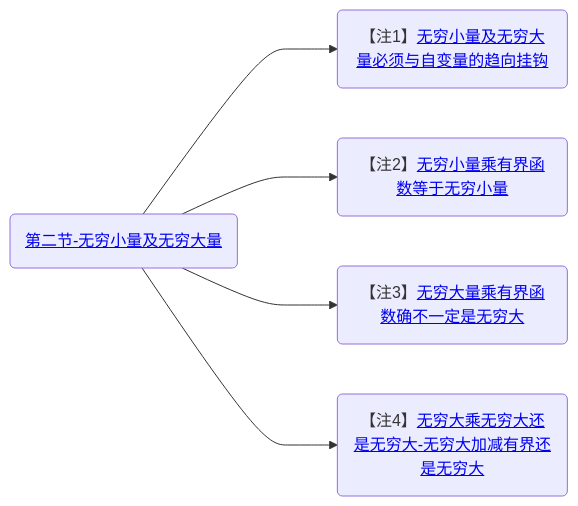
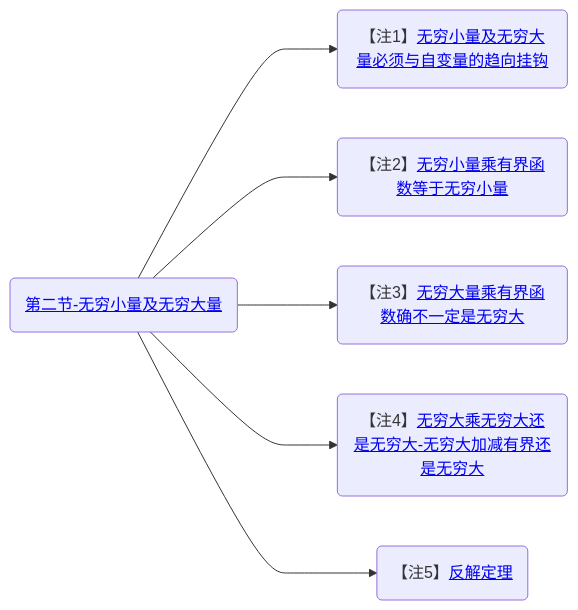
Before and after one commit to yuebinghui/note: the second of 2 diagrams in 笔记/数学/周洋鑫/基础班/00.大纲.md, drawn with Mermaid. The commit also changed 10 other files, not shown here.

````diff
--- a/笔记/数学/周洋鑫/基础班/00.大纲.md
+++ b/笔记/数学/周洋鑫/基础班/00.大纲.md
@@ -40,12 +40,13 @@
 ```mermaid
 graph LR
 
 第二节-无穷小量及无穷大量(<a href="/Users/yuebinghui/Documents/program/github/note/笔记/数学/周洋鑫/基础班/02.无穷小量及无穷大量.md#第二节-无穷小量及无穷大量">第二节-无穷小量及无穷大量</>)
 
 第二节-无穷小量及无穷大量--->无穷小量及无穷大量必须与自变量的趋向挂钩(【注1】<a href="/Users/yuebinghui/Documents/program/github/note/笔记/数学/周洋鑫/基础班/02.无穷小量及无穷大量.md#无穷小量及无穷大量必须与自变量的趋向挂钩">无穷小量及无穷大量必须与自变量的趋向挂钩</>)
 第二节-无穷小量及无穷大量--->无穷小量乘有界函数等于无穷小量(【注2】<a href="/Users/yuebinghui/Documents/program/github/note/笔记/数学/周洋鑫/基础班/02.无穷小量及无穷大量.md#无穷小量乘有界函数等于无穷小量">无穷小量乘有界函数等于无穷小量</>)
 第二节-无穷小量及无穷大量--->无穷大量乘有界函数确不一定是无穷大(【注3】<a href="/Users/yuebinghui/Documents/program/github/note/笔记/数学/周洋鑫/基础班/02.无穷小量及无穷大量.md#无穷大量乘有界函数确不一定是无穷大">无穷大量乘有界函数确不一定是无穷大</>)
 第二节-无穷小量及无穷大量--->无穷大乘无穷大还是无穷大-无穷大加减有界还是无穷大(【注4】<a href="/Users/yuebinghui/Documents/program/github/note/笔记/数学/周洋鑫/基础班/02.无穷小量及无穷大量.md#无穷大乘无穷大还是无穷大-无穷大加减有界还是无穷大">无穷大乘无穷大还是无穷大-无穷大加减有界还是无穷大</>)
+第二节-无穷小量及无穷大量--->反解定理(【注5】<a href="/Users/yuebinghui/Documents/program/github/note/笔记/数学/周洋鑫/基础班/02.无穷小量及无穷大量.md#反解定理">反解定理</>)
 
 
 ```
````
